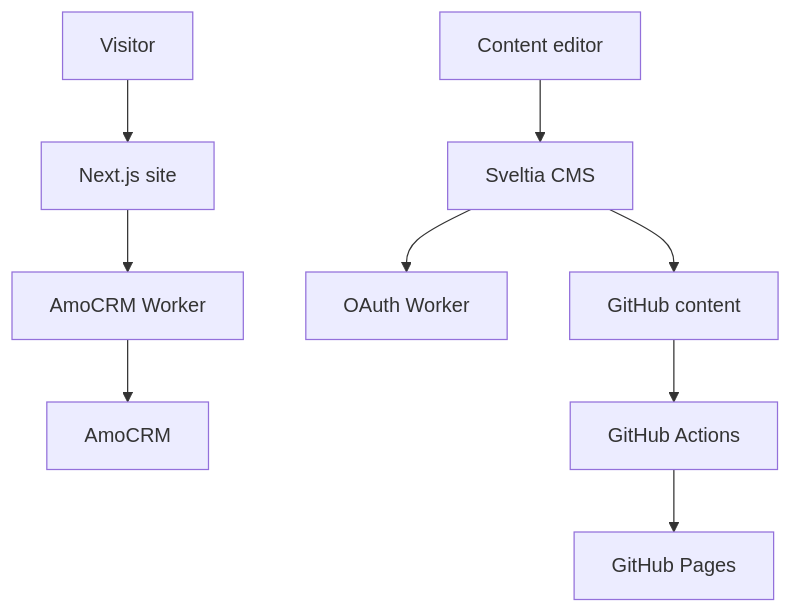
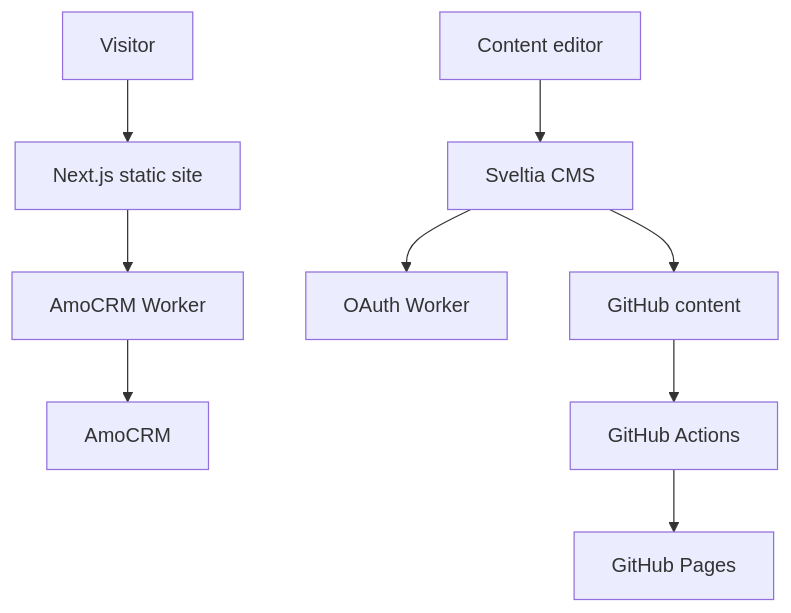
One commit to Kaliguri/Posleslovie changed the diagram in README.md. Above: the diagram before and after it, drawn with Mermaid. The commit also changed other lines of this file and 7 other files, not shown here.

````diff
--- a/README.md
+++ b/README.md
@@ -36,12 +212,12 @@
 ```mermaid
 flowchart TD
-  User[Visitor] --> Site[Next.js site]
+  User[Visitor] --> Site[Next.js static site]
   Site --> AmoWorker[AmoCRM Worker]
   AmoWorker --> AmoCRM[AmoCRM]
 
   Admin[Content editor] --> CMS[Sveltia CMS]
   CMS --> OAuth[OAuth Worker]
   CMS --> GitHub[GitHub content]
   GitHub --> Actions[GitHub Actions]
   Actions --> Pages[GitHub Pages]
 ```
````
